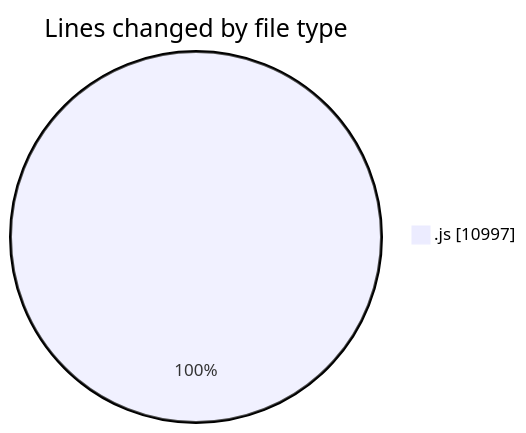
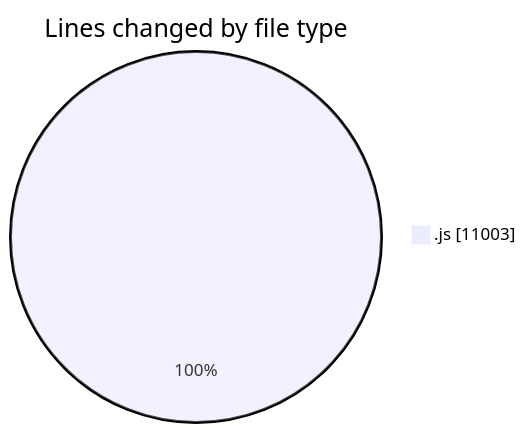
The first of 2 diagrams in 2025-08-11/nxtqube_webapp/README.md (nxtqubesakshisongat/code-tracking), drawn with Mermaid before and after one commit. The commit also changed other lines of this file and 1 other file, not shown here.

````diff
--- a/2025-08-11/nxtqube_webapp/README.md
+++ b/2025-08-11/nxtqube_webapp/README.md
@@ -21,5 +21,5 @@
 ```mermaid
 pie showData
 title Lines changed by file type
-".js" : 10997
+".js" : 11003
 ```
````
